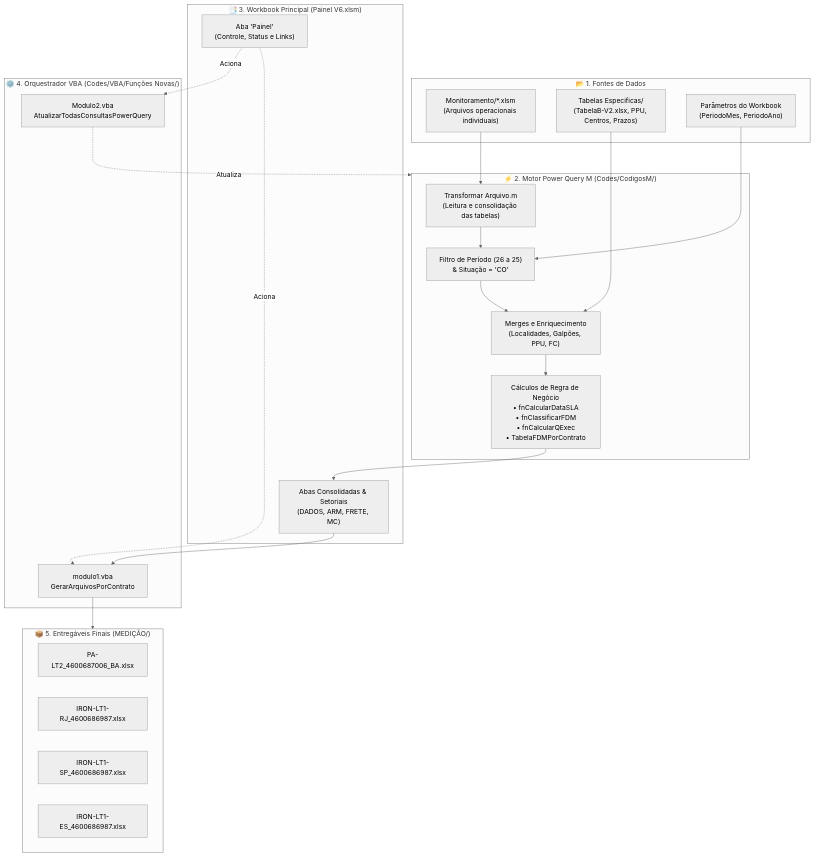
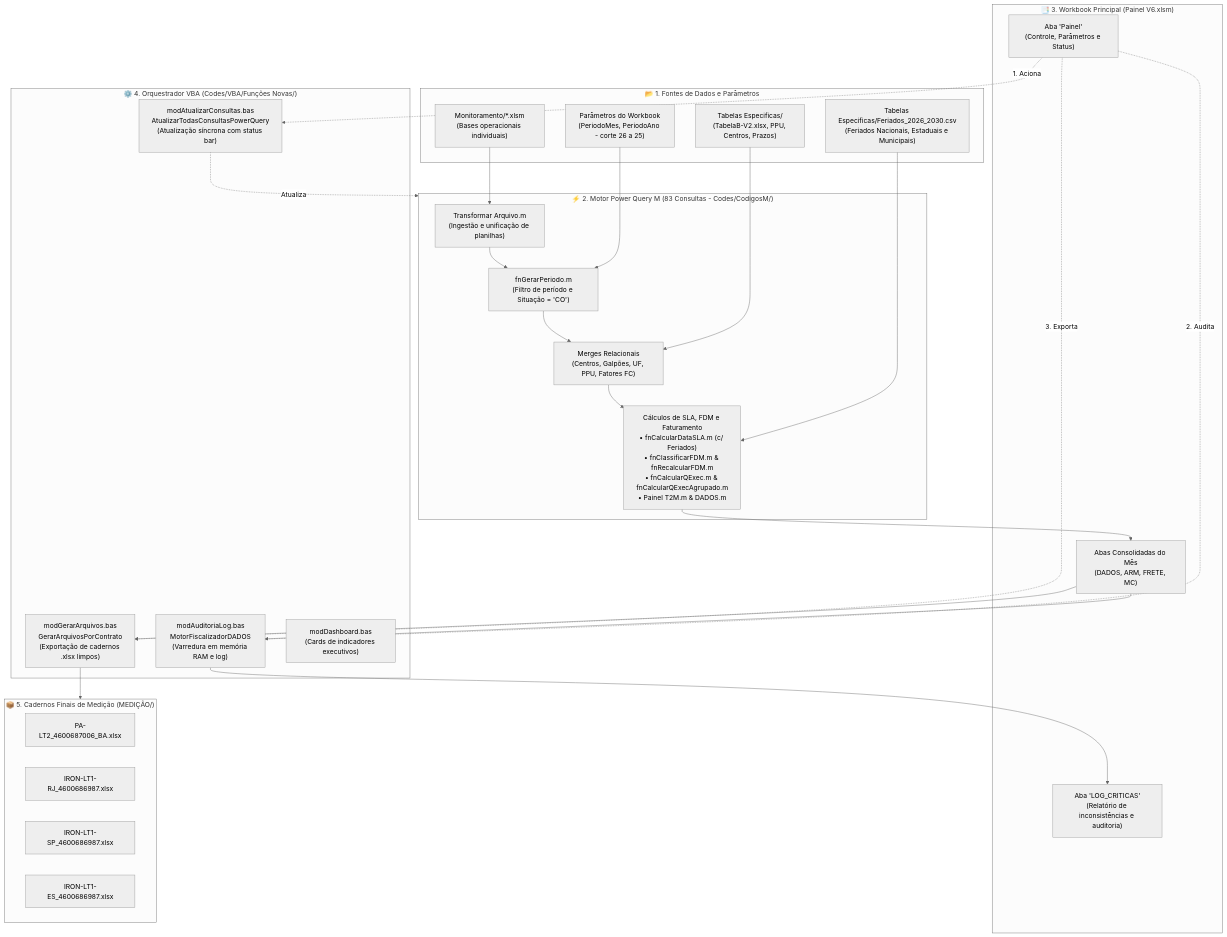
The diagram in README.md (thelmosym/PainelNovo), drawn with Mermaid (neutral theme) before and after one commit. The commit also changed other lines of this file and 126 other files, not shown here.

Commit message:
refactor: reorganize project structure and add Power Query and VBA scripts

````diff
--- a/README.md
+++ b/README.md
@@ -53,44 +61,52 @@
 ```mermaid
 flowchart TD
-    subgraph ENTRADAS["📂 1. Fontes de Dados"]
-        MONIT["Monitoramento/*.xlsm<br/>(Arquivos operacionais individuais)"]
+    subgraph ENTRADAS["📂 1. Fontes de Dados e Parâmetros"]
+        MONIT["Monitoramento/*.xlsm<br/>(Bases operacionais individuais)"]
         TAB_REF["Tabelas Especificas/<br/>(TabelaB-V2.xlsx, PPU, Centros, Prazos)"]
-        PARAM["Parâmetros do Workbook<br/>(PeriodoMes, PeriodoAno)"]
+        FERIADOS["Tabelas Especificas/Feriados_2026_2030.csv<br/>(Feriados Nacionais, Estaduais e Municipais)"]
+        PARAM["Parâmetros do Workbook<br/>(PeriodoMes, PeriodoAno - corte 26 a 25)"]
     end
 
-    subgraph ENGINE["⚡ 2. Motor Power Query M (Codes/CodigosM/)"]
-        PQ_INGEST["Transformar Arquivo.m<br/>(Leitura e consolidação das tabelas)"]
-        PQ_FILTER["Filtro de Período (26 a 25)<br/>& Situação = 'CO'"]
-        PQ_MERGE["Merges e Enriquecimento<br/>(Localidades, Galpões, PPU, FC)"]
-        PQ_CALC["Cálculos de Regra de Negócio<br/>• fnCalcularDataSLA<br/>• fnClassificarFDM<br/>• fnCalcularQExec<br/>• TabelaFDMPorContrato"]
+    subgraph ENGINE["⚡ 2. Motor Power Query M (83 Consultas - Codes/CodigosM/)"]
+        PQ_INGEST["Transformar Arquivo.m<br/>(Ingestão e unificação de planilhas)"]
+        PQ_FILTER["fnGerarPeriodo.m<br/>(Filtro de período e Situação = 'CO')"]
+        PQ_MERGE["Merges Relacionais<br/>(Centros, Galpões, UF, PPU, Fatores FC)"]
+        PQ_CALC["Cálculos de SLA, FDM e Faturamento<br/>• fnCalcularDataSLA.m (c/ Feriados)<br/>• fnClassificarFDM.m & fnRecalcularFDM.m<br/>• fnCalcularQExec.m & fnCalcularQExecAgrupado.m<br/>• Painel T2M.m & DADOS.m"]
     end
 
     subgraph WORKBOOK["📑 3. Workbook Principal (Painel V6.xlsm)"]
-        ABA_PAINEL["Aba 'Painel'<br/>(Controle, Status e Links)"]
-        ABAS_DADOS["Abas Consolidadas & Setoriais<br/>(DADOS, ARM, FRETE, MC)"]
+        ABA_PAINEL["Aba 'Painel'<br/>(Controle, Parâmetros e Status)"]
+        ABAS_DADOS["Abas Consolidadas do Mês<br/>(DADOS, ARM, FRETE, MC)"]
+        ABA_LOG["Aba 'LOG_CRITICAS'<br/>(Relatório de inconsistências e auditoria)"]
     end
 
     subgraph VBA_ORCH["⚙️ 4. Orquestrador VBA (Codes/VBA/Funções Novas/)"]
-        VBA_REFRESH["Modulo2.vba<br/>AtualizarTodasConsultasPowerQuery"]
-        VBA_EXPORT["modulo1.vba<br/>GerarArquivosPorContrato"]
+        VBA_REFRESH["modAtualizarConsultas.bas<br/>AtualizarTodasConsultasPowerQuery<br/>(Atualização síncrona com status bar)"]
+        VBA_AUDIT["modAuditoriaLog.bas<br/>MotorFiscalizadorDADOS<br/>(Varredura em memória RAM e log)"]
+        VBA_EXPORT["modGerarArquivos.bas<br/>GerarArquivosPorContrato<br/>(Exportação de cadernos .xlsx limpos)"]
+        VBA_DASH["modDashboard.bas<br/>(Cards de indicadores executivos)"]
     end
 
-    subgraph SAIDA["📦 5. Entregáveis Finais (MEDIÇÃO/)"]
+    subgraph SAIDA["📦 5. Cadernos Finais de Medição (MEDIÇÃO/)"]
         OUT_PA["PA-LT2_4600687006_BA.xlsx"]
         OUT_RJ["IRON-LT1-RJ_4600686987.xlsx"]
         OUT_SP["IRON-LT1-SP_4600686987.xlsx"]
         OUT_ES["IRON-LT1-ES_4600686987.xlsx"]
     end
 
     MONIT --> PQ_INGEST
     TAB_REF --> PQ_MERGE
+    FERIADOS --> PQ_CALC
     PARAM --> PQ_FILTER
     PQ_INGEST --> PQ_FILTER --> PQ_MERGE --> PQ_CALC
     PQ_CALC --> ABAS_DADOS
 
-    ABA_PAINEL -.->|Aciona| VBA_REFRESH
+    ABA_PAINEL -.->|1. Aciona| VBA_REFRESH
     VBA_REFRESH -.->|Atualiza| ENGINE
-    ABA_PAINEL -.->|Aciona| VBA_EXPORT
+    ABA_PAINEL -.->|2. Audita| VBA_AUDIT
+    ABAS_DADOS --> VBA_AUDIT
+    VBA_AUDIT --> ABA_LOG
+    ABA_PAINEL -.->|3. Exporta| VBA_EXPORT
     ABAS_DADOS --> VBA_EXPORT
     VBA_EXPORT --> SAIDA
 ```
````
